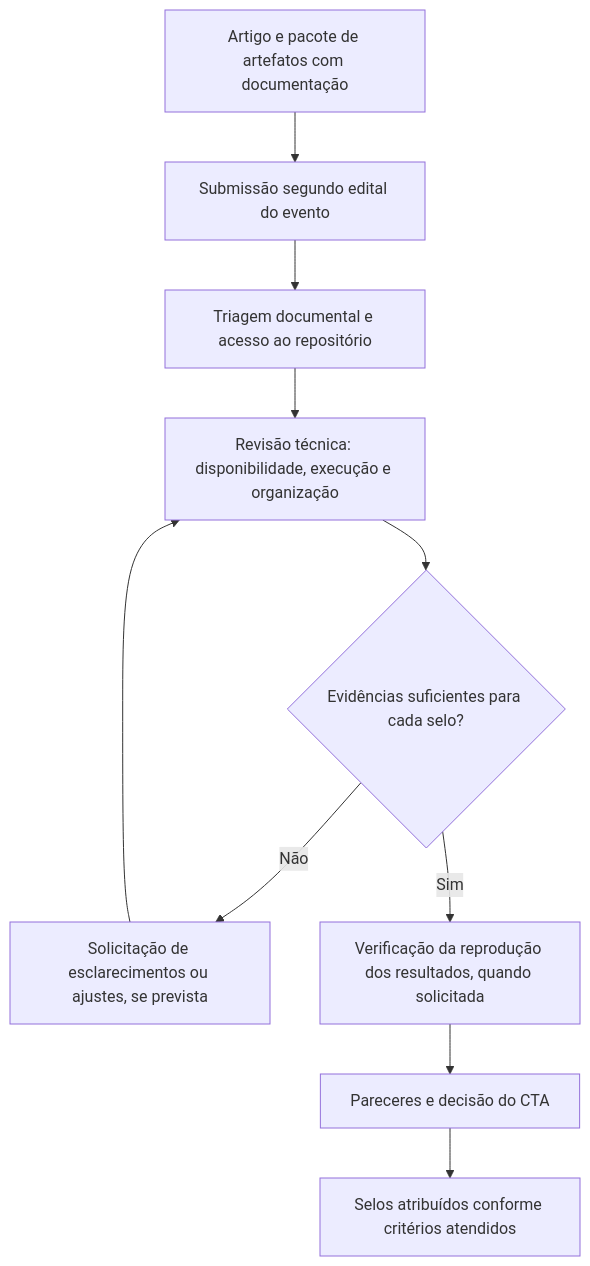
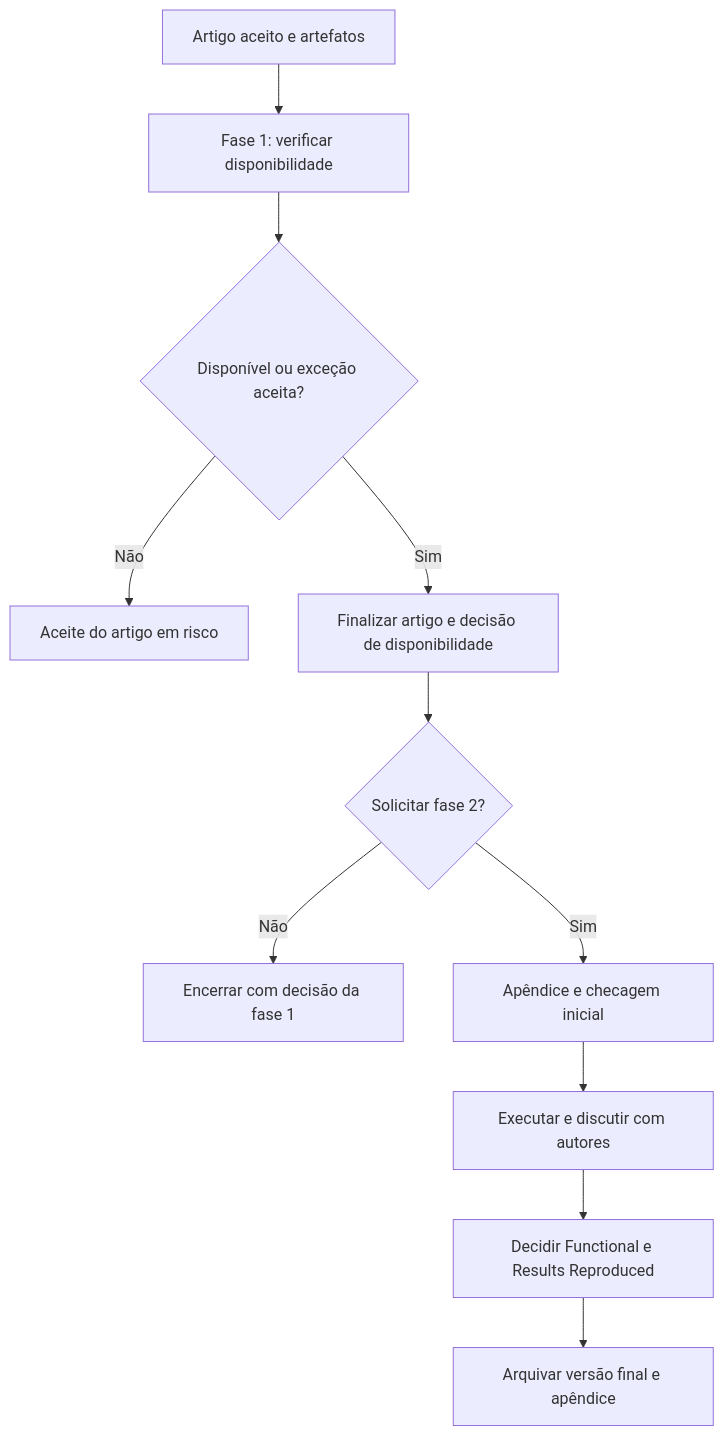
One commit to fernandomarquesaluno-svg/tarefa-6-avaliacao-de-artefatos changed the second of 3 diagrams in README.md. Above: the diagram before and after it, drawn with Mermaid. The commit also changed other lines of this file, not shown here.

Commit message:
Alinha Tarefa 6 a três processos de avaliação de artefatos com fluxogramas e fontes

````diff
--- a/README.md
+++ b/README.md
@@ -47,12 +33,13 @@
 ```mermaid
 flowchart TD
-    A[Artigo e pacote de artefatos com documentação] --> B[Submissão segundo edital do evento]
-    B --> C[Triagem documental e acesso ao repositório]
-    C --> D[Revisão técnica: disponibilidade, execução e organização]
-    D --> E{Evidências suficientes para cada selo?}
-    E -- Não --> F[Solicitação de esclarecimentos ou ajustes, se prevista]
-    F --> D
-    E -- Sim --> G[Verificação da reprodução dos resultados, quando solicitada]
-    G --> H[Pareceres e decisão do CTA]
-    H --> I[Selos atribuídos conforme critérios atendidos]
+ A["Artigo aceito e artefatos"] --> B["Fase 1: verificar disponibilidade"]
+ B --> C{"Disponível ou exceção aceita?"}
+ C -- Não --> D["Aceite do artigo em risco"]
+ C -- Sim --> E["Finalizar artigo e decisão de disponibilidade"]
+ E --> F{"Solicitar fase 2?"}
+ F -- Não --> G["Encerrar com decisão da fase 1"]
+ F -- Sim --> H["Apêndice e checagem inicial"]
+ H --> I["Executar e discutir com autores"]
+ I --> J["Decidir Functional e Results Reproduced"]
+ J --> K["Arquivar versão final e apêndice"]
 ```
````
